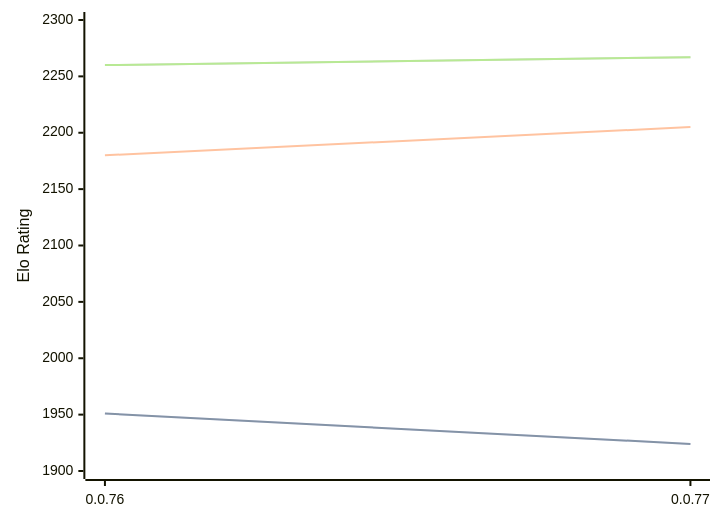
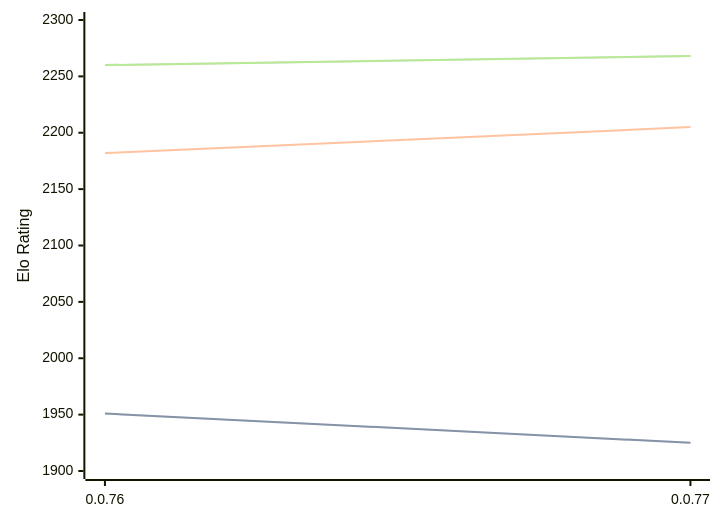
One commit to computer-chess-index/cci changed the diagram in engines/Fktb.md. Above: the diagram before and after it, drawn with Mermaid. The commit also changed other lines of this file, not shown here.

Commit message:
Update CCI Ratings (ELO VLTC) - 2026-02-15

````diff
--- a/engines/Fktb.md
+++ b/engines/Fktb.md
@@ -29,11 +29,11 @@
 ```mermaid
 %%{init: {"theme":"base","themeVariables":{"seriesColors:['#a3a3a3','#222221','#faa371']}}}%%
 xychart-beta
   x-axis ["0.0.76", "0.0.77"]
   y-axis "Elo Rating" 1900 --> 2300
-  line "STC (8.0+0.08s)" [1951, 1924]
-  line "STC (8.0+0.08s)" [1951, 1924]
-  line "LTC (60.0+0.60s)" [2180, 2205]
-  line "VLTC (2m24s+1.12s)" [2260, 2267]
-  line "VLTC (2m24s+1.12s)" [2260, 2267]
+  line "STC (8.0+0.08s)" [1951, 1925]
+  line "STC (8.0+0.08s)" [1951, 1925]
+  line "LTC (60.0+0.60s)" [2182, 2205]
+  line "VLTC (2m24s+1.12s)" [2260, 2268]
+  line "VLTC (2m24s+1.12s)" [2260, 2268]
 ```
````
